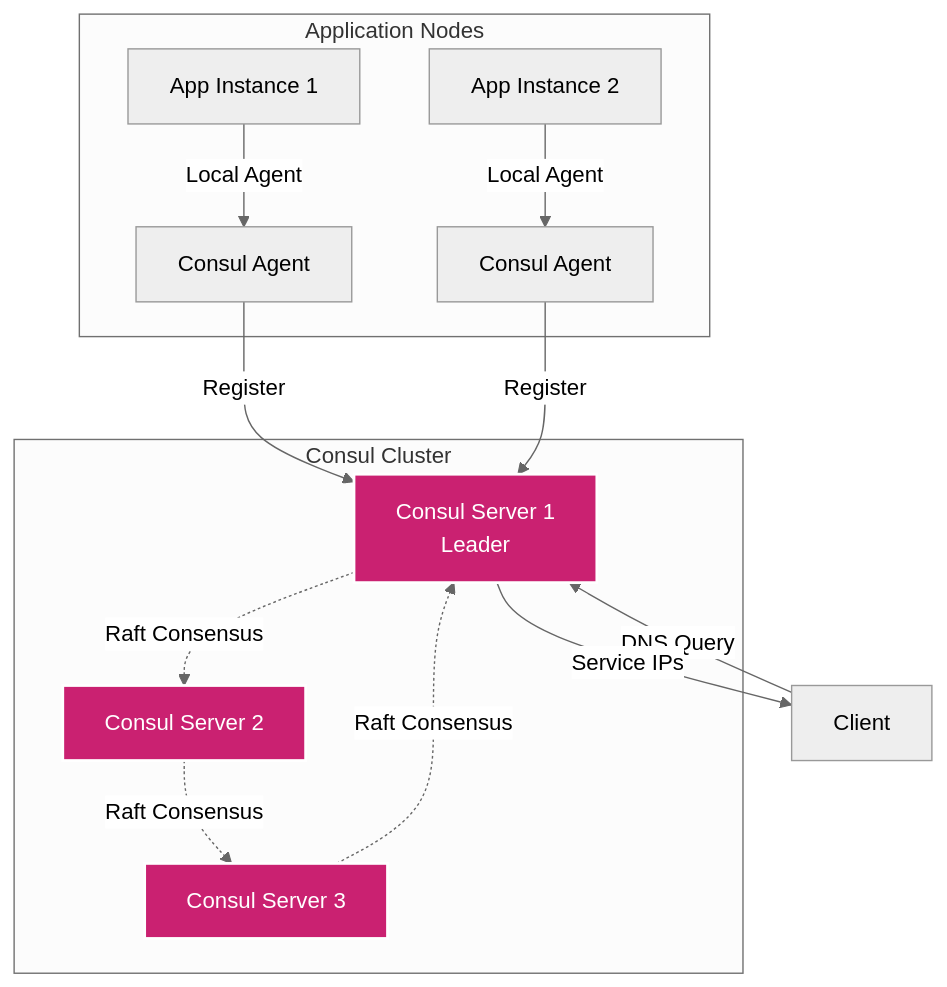
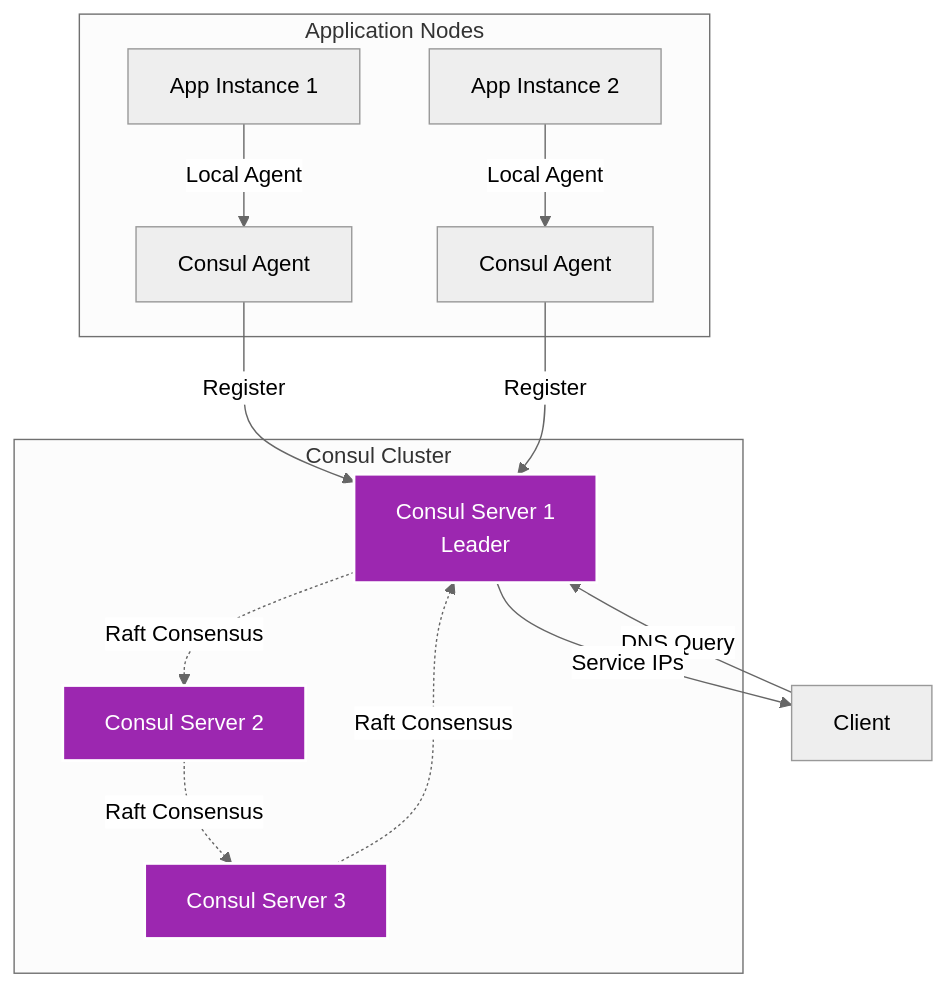
One commit to VBlackJack/ShellBook changed the third of 4 diagrams in docs/devops/modern-networking.md. Above: the diagram before and after it, drawn with Mermaid (neutral theme). The commit also changed other lines of this file and 337 other files, not shown here.

First line of the commit message:
refactor(docs): Standardize code blocks and Mermaid colors

````diff
--- a/docs/devops/modern-networking.md
+++ b/docs/devops/modern-networking.md
@@ -526,25 +526,25 @@
 ```mermaid
 graph TB
     subgraph "Consul Cluster"
         CS1[Consul Server 1<br/>Leader]
         CS2[Consul Server 2]
         CS3[Consul Server 3]
         CS1 -.Raft Consensus.-> CS2
         CS2 -.Raft Consensus.-> CS3
         CS3 -.Raft Consensus.-> CS1
     end
 
     subgraph "Application Nodes"
         CA1[Consul Agent] -->|Register| CS1
         CA2[Consul Agent] -->|Register| CS1
         APP1[App Instance 1] -->|Local Agent| CA1
         APP2[App Instance 2] -->|Local Agent| CA2
     end
 
     Client[Client] -->|DNS Query| CS1
     CS1 -->|Service IPs| Client
 
-    style CS1 fill:#ca2171,stroke:#fff,stroke-width:2px,color:#fff
-    style CS2 fill:#ca2171,stroke:#fff,stroke-width:2px,color:#fff
-    style CS3 fill:#ca2171,stroke:#fff,stroke-width:2px,color:#fff
+    style CS1 fill:#9C27B0,stroke:#fff,stroke-width:2px,color:#fff
+    style CS2 fill:#9C27B0,stroke:#fff,stroke-width:2px,color:#fff
+    style CS3 fill:#9C27B0,stroke:#fff,stroke-width:2px,color:#fff
 ```
````
